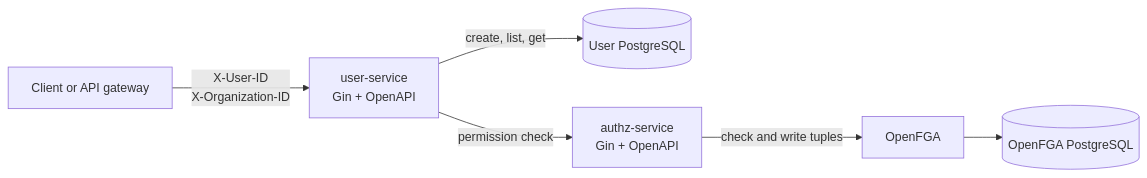
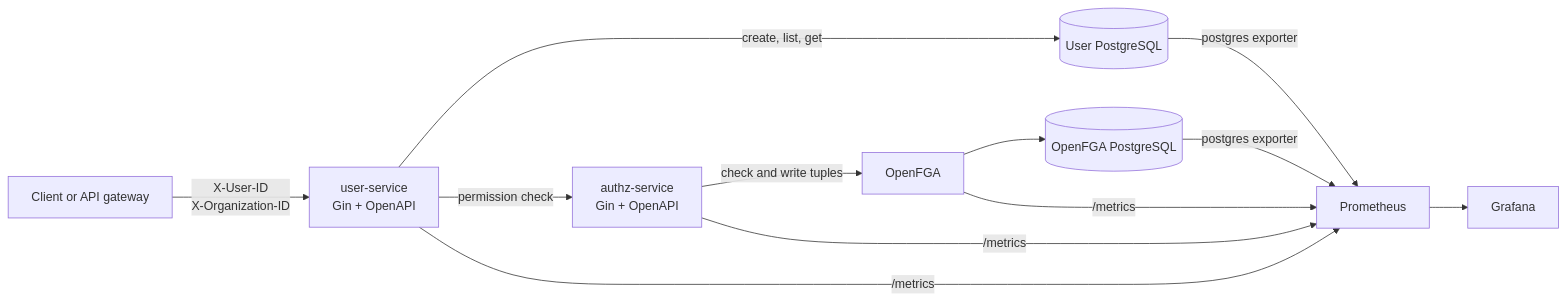
Before and after one commit to thanhhaictld/go-learner-kit: the diagram in README.md, drawn with Mermaid. The commit also changed other lines of this file and 15 other files, not shown here.

First line of the commit message:
feat: add Prometheus metrics for user and authz services

````diff
--- a/README.md
+++ b/README.md
@@ -7,15 +7,23 @@
 ```mermaid
 flowchart LR
     Client[Client or API gateway]
     User[user-service<br/>Gin + OpenAPI]
     UserDB[(User PostgreSQL)]
     Authz[authz-service<br/>Gin + OpenAPI]
     FGA[OpenFGA]
     FGADB[(OpenFGA PostgreSQL)]
+    Prometheus[Prometheus]
+    Grafana[Grafana]
 
     Client -->|X-User-ID<br/>X-Organization-ID| User
     User -->|create, list, get| UserDB
     User -->|permission check| Authz
     Authz -->|check and write tuples| FGA
     FGA --> FGADB
+    User -->|/metrics| Prometheus
+    Authz -->|/metrics| Prometheus
+    FGA -->|/metrics| Prometheus
+    UserDB -->|postgres exporter| Prometheus
+    FGADB -->|postgres exporter| Prometheus
+    Prometheus --> Grafana
 ```
````
